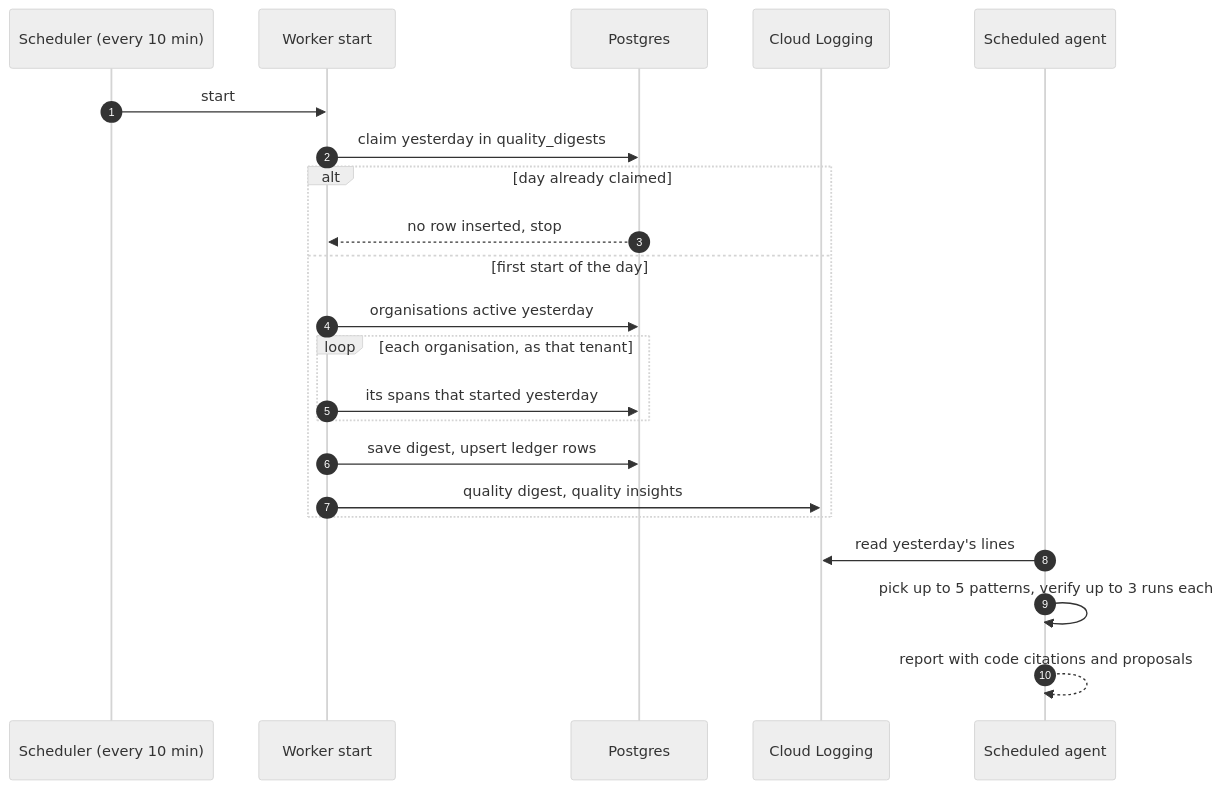
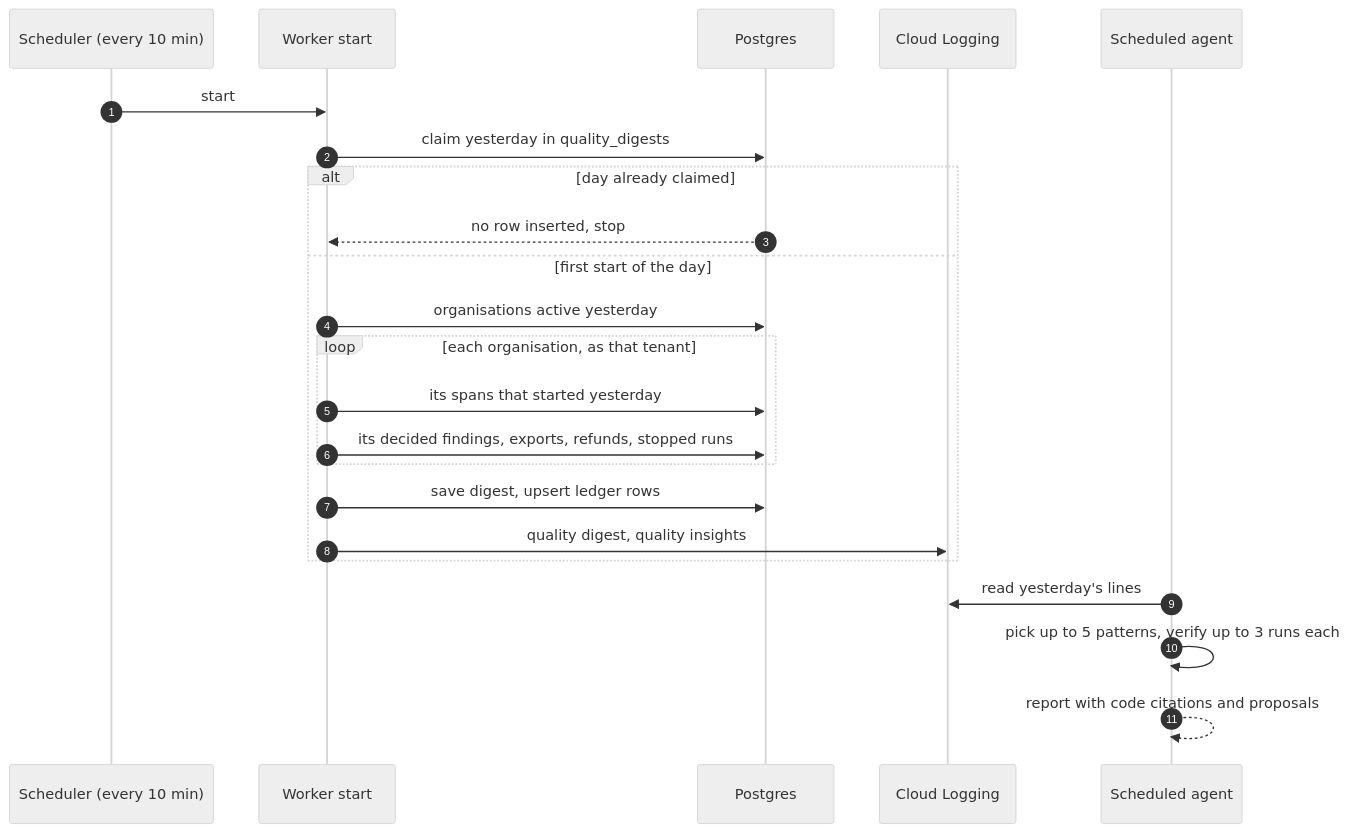
The second of 3 diagrams in docs/architecture/outer-loop.md (akoita/draft-loop), drawn with Mermaid (neutral theme) before and after one commit. The commit also changed other lines of this file and 8 other files, not shown here.

````diff
--- a/docs/architecture/outer-loop.md
+++ b/docs/architecture/outer-loop.md
@@ -48,24 +48,25 @@
 ```mermaid
 sequenceDiagram
   autonumber
   participant Sch as Scheduler (every 10 min)
   participant W as Worker start
   participant PG as Postgres
   participant Log as Cloud Logging
   participant Ag as Scheduled agent
   Sch->>W: start
   W->>PG: claim yesterday in quality_digests
   alt day already claimed
     PG-->>W: no row inserted, stop
   else first start of the day
     W->>PG: organisations active yesterday
     loop each organisation, as that tenant
       W->>PG: its spans that started yesterday
+      W->>PG: its decided findings, exports, refunds, stopped runs
     end
     W->>PG: save digest, upsert ledger rows
     W->>Log: quality digest, quality insights
   end
   Ag->>Log: read yesterday's lines
   Ag->>Ag: pick up to 5 patterns, verify up to 3 runs each
   Ag-->>Ag: report with code citations and proposals
 ```
````
